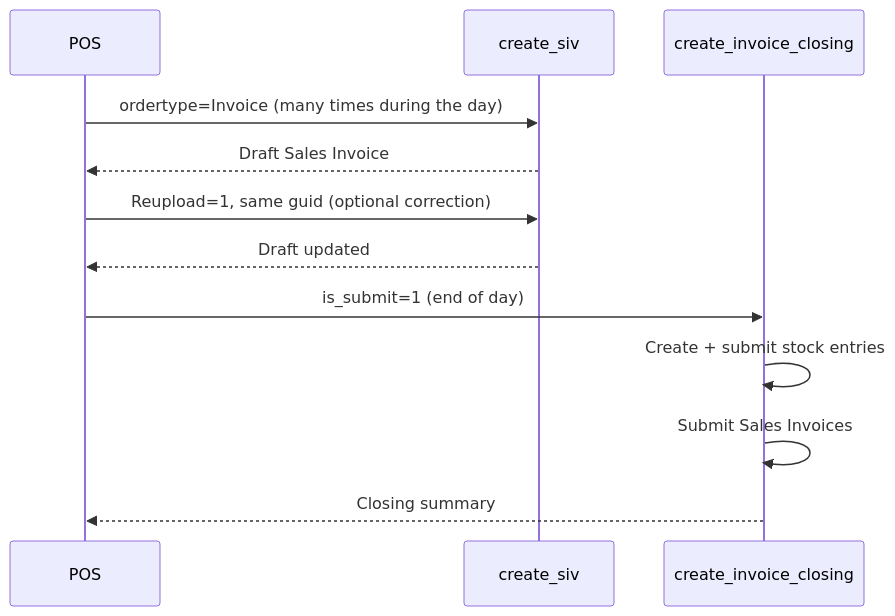
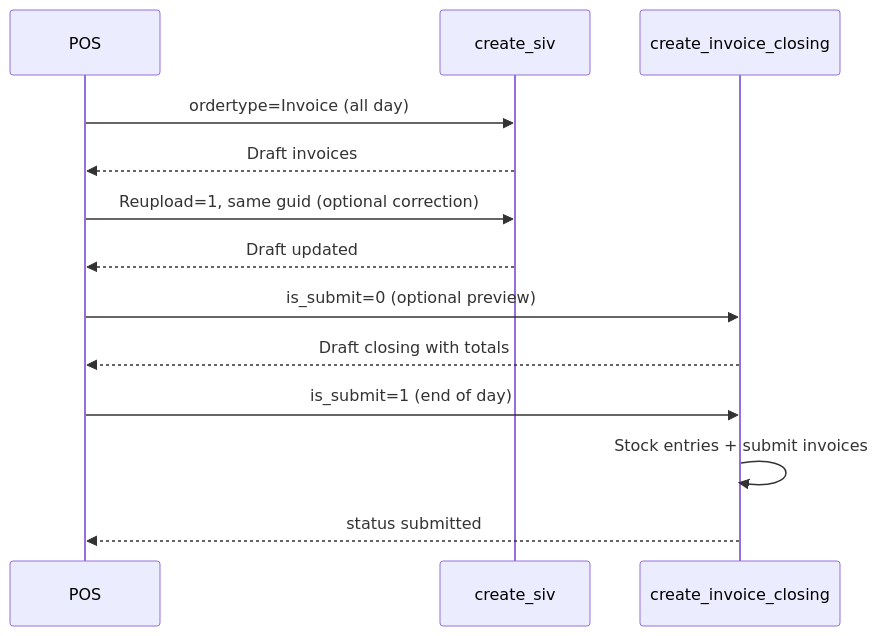
The third of 3 diagrams in docs/api-flow.md (stringapps/StringERP), drawn with Mermaid before and after one commit. The commit also changed other lines of this file, not shown here.

First line of the commit message:
Docs: Rewrite Sales Sync API docs with request/response examples

````diff
--- a/docs/api-flow.md
+++ b/docs/api-flow.md
@@ -92,14 +475,15 @@
 ```mermaid
 sequenceDiagram
     participant POS
     participant API as create_siv
     participant IC as create_invoice_closing
-    POS->>API: ordertype=Invoice (many times during the day)
-    API-->>POS: Draft Sales Invoice
+    POS->>API: ordertype=Invoice (all day)
+    API-->>POS: Draft invoices
     POS->>API: Reupload=1, same guid (optional correction)
     API-->>POS: Draft updated
+    POS->>IC: is_submit=0 (optional preview)
+    IC-->>POS: Draft closing with totals
     POS->>IC: is_submit=1 (end of day)
-    IC->>IC: Create + submit stock entries
-    IC->>IC: Submit Sales Invoices
-    IC-->>POS: Closing summary
+    IC->>IC: Stock entries + submit invoices
+    IC-->>POS: status submitted
 ```
````
